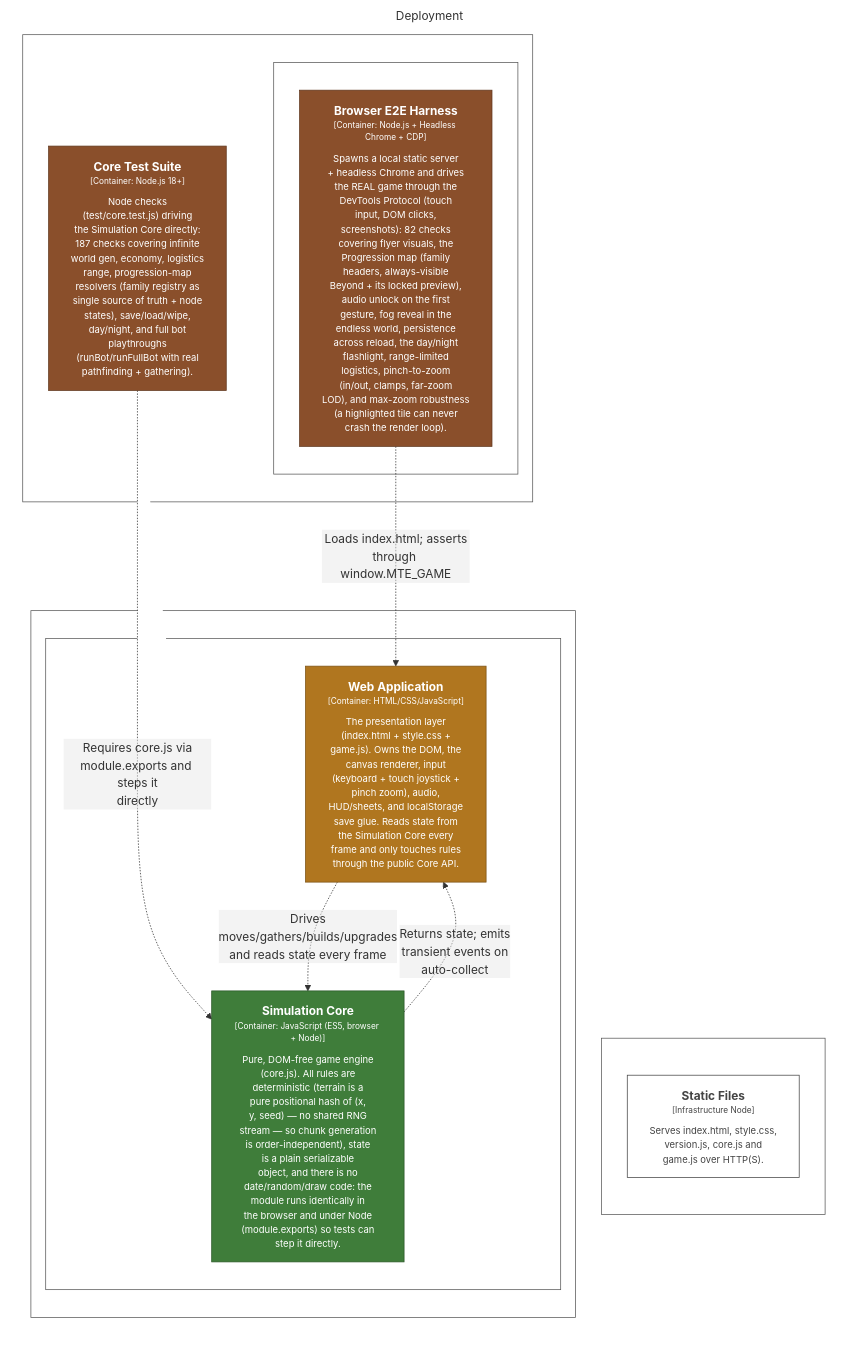
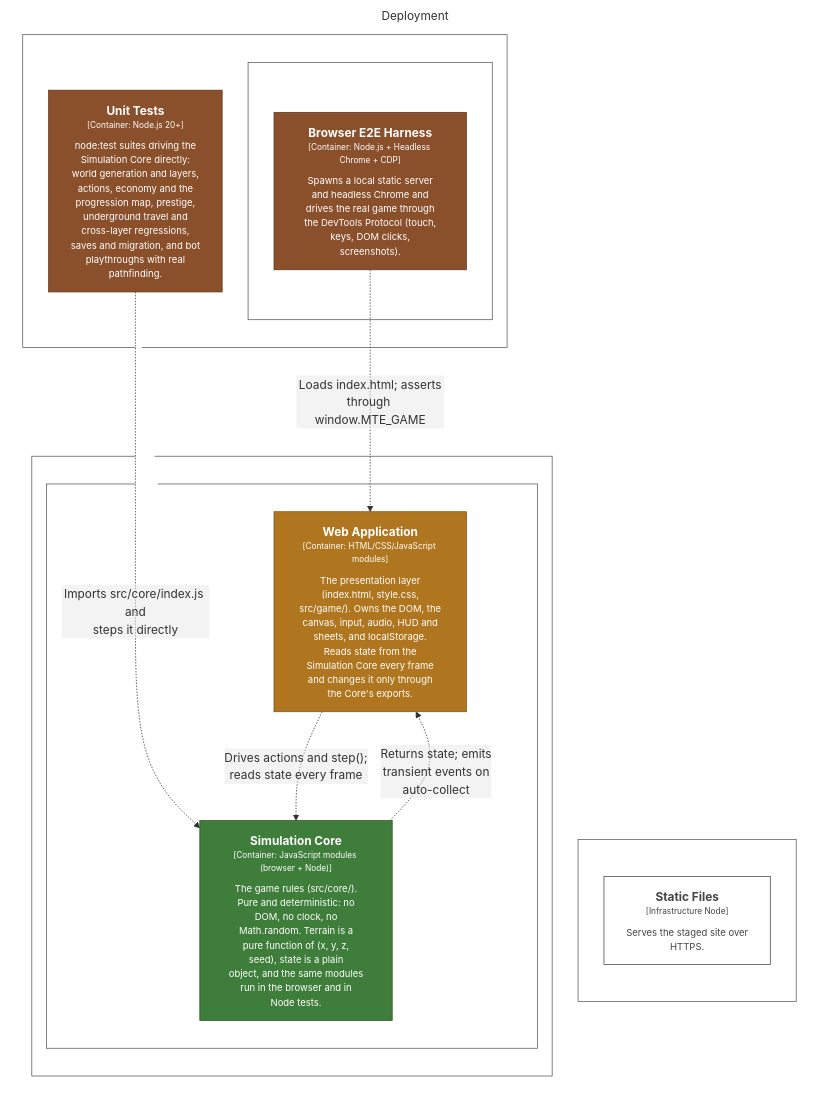
One commit to bitkojine/more-than-enough changed the diagram in structurizr/diagrams/Deployment.mmd. Above: the diagram before and after it, drawn with Mermaid. The commit also changed 67 other files, not shown here.

```diff
--- a/structurizr/diagrams/Deployment.mmd
+++ b/structurizr/diagrams/Deployment.mmd
@@ -1,48 +1,48 @@
 %% Generated from structurizr/workspace.dsl — do not edit; run: node structurizr/scripts/structurizr.mjs mermaid
 graph LR
   linkStyle default fill:#ffffff
 
   subgraph diagram ["Deployment"]
     style diagram fill:#ffffff,stroke:#ffffff
 
-    subgraph 67 ["Browser"]
-      style 67 fill:#ffffff,stroke:#575757,color:#ffffff
+    subgraph 66 ["Browser"]
+      style 66 fill:#ffffff,stroke:#575757,color:#ffffff
 
-      subgraph 68 ["Browser tab"]
-        style 68 fill:#ffffff,stroke:#575757,color:#ffffff
+      subgraph 67 ["Browser tab"]
+        style 67 fill:#ffffff,stroke:#575757,color:#ffffff
 
-        69["<div style='font-weight: bold'>Web Application</div><div style='font-size: 70%; margin-top: 0px'>[Container: HTML/CSS/JavaScript]</div><div style='font-size: 80%; margin-top:10px'>The presentation layer<br />(index.html + style.css +<br />game.js). Owns the DOM, the<br />canvas renderer, input<br />(keyboard + touch joystick +<br />pinch zoom), audio,<br />HUD/sheets, and localStorage<br />save glue. Reads state from<br />the Simulation Core every<br />frame and only touches rules<br />through the public Core API.</div>"]
-        style 69 fill:#b0761f,stroke:#7b5215,color:#ffffff
-        70["<div style='font-weight: bold'>Simulation Core</div><div style='font-size: 70%; margin-top: 0px'>[Container: JavaScript (ES5, browser + Node)]</div><div style='font-size: 80%; margin-top:10px'>Pure, DOM-free game engine<br />(core.js). All rules are<br />deterministic (terrain is a<br />pure positional hash of (x,<br />y, seed) — no shared RNG<br />stream — so chunk generation<br />is order-independent), state<br />is a plain serializable<br />object, and there is no<br />date/random/draw code: the<br />module runs identically in<br />the browser and under Node<br />(module.exports) so tests can<br />step it directly.</div>"]
-        style 70 fill:#3f7d3a,stroke:#2c5728,color:#ffffff
+        68["<div style='font-weight: bold'>Web Application</div><div style='font-size: 70%; margin-top: 0px'>[Container: HTML/CSS/JavaScript modules]</div><div style='font-size: 80%; margin-top:10px'>The presentation layer<br />(index.html, style.css,<br />src/game/). Owns the DOM, the<br />canvas, input, audio, HUD and<br />sheets, and localStorage.<br />Reads state from the<br />Simulation Core every frame<br />and changes it only through<br />the Core's exports.</div>"]
+        style 68 fill:#b0761f,stroke:#7b5215,color:#ffffff
+        69["<div style='font-weight: bold'>Simulation Core</div><div style='font-size: 70%; margin-top: 0px'>[Container: JavaScript modules (browser + Node)]</div><div style='font-size: 80%; margin-top:10px'>The game rules (src/core/).<br />Pure and deterministic: no<br />DOM, no clock, no<br />Math.random. Terrain is a<br />pure function of (x, y, z,<br />seed), state is a plain<br />object, and the same modules<br />run in the browser and in<br />Node tests.</div>"]
+        style 69 fill:#3f7d3a,stroke:#2c5728,color:#ffffff
       end
 
     end
 
-    subgraph 73 ["Static Host"]
-      style 73 fill:#ffffff,stroke:#575757,color:#ffffff
+    subgraph 72 ["GitHub Pages"]
+      style 72 fill:#ffffff,stroke:#575757,color:#ffffff
 
-      74["<div style='font-weight: bold'>Static Files</div><div style='font-size: 70%; margin-top: 0px'>[Infrastructure Node]</div><div style='font-size: 80%; margin-top:10px'>Serves index.html, style.css,<br />version.js, core.js and<br />game.js over HTTP(S).</div>"]
-      style 74 fill:#ffffff,stroke:#444444,color:#444444
+      73["<div style='font-weight: bold'>Static Files</div><div style='font-size: 70%; margin-top: 0px'>[Infrastructure Node]</div><div style='font-size: 80%; margin-top:10px'>Serves the staged site over<br />HTTPS.</div>"]
+      style 73 fill:#ffffff,stroke:#444444,color:#444444
     end
 
-    subgraph 75 ["Node.js 18+"]
-      style 75 fill:#ffffff,stroke:#575757,color:#ffffff
+    subgraph 74 ["Node.js 20+"]
+      style 74 fill:#ffffff,stroke:#575757,color:#ffffff
 
-      76["<div style='font-weight: bold'>Core Test Suite</div><div style='font-size: 70%; margin-top: 0px'>[Container: Node.js 18+]</div><div style='font-size: 80%; margin-top:10px'>Node checks<br />(test/core.test.js) driving<br />the Simulation Core directly:<br />187 checks covering infinite<br />world gen, economy, logistics<br />range, progression-map<br />resolvers (family registry as<br />single source of truth + node<br />states), save/load/wipe,<br />day/night, and full bot<br />playthroughs<br />(runBot/runFullBot with real<br />pathfinding + gathering).</div>"]
-      style 76 fill:#8a4f2b,stroke:#60371e,color:#ffffff
-      subgraph 78 ["Headless Chrome"]
-        style 78 fill:#ffffff,stroke:#575757,color:#ffffff
+      75["<div style='font-weight: bold'>Unit Tests</div><div style='font-size: 70%; margin-top: 0px'>[Container: Node.js 20+]</div><div style='font-size: 80%; margin-top:10px'>node:test suites driving the<br />Simulation Core directly:<br />world generation and layers,<br />actions, economy and the<br />progression map, prestige,<br />underground travel and<br />cross-layer regressions,<br />saves and migration, and bot<br />playthroughs with real<br />pathfinding.</div>"]
+      style 75 fill:#8a4f2b,stroke:#60371e,color:#ffffff
+      subgraph 77 ["Headless Chrome"]
+        style 77 fill:#ffffff,stroke:#575757,color:#ffffff
 
-        79["<div style='font-weight: bold'>Browser E2E Harness</div><div style='font-size: 70%; margin-top: 0px'>[Container: Node.js + Headless Chrome + CDP]</div><div style='font-size: 80%; margin-top:10px'>Spawns a local static server<br />+ headless Chrome and drives<br />the REAL game through the<br />DevTools Protocol (touch<br />input, DOM clicks,<br />screenshots): 82 checks<br />covering flyer visuals, the<br />Progression map (family<br />headers, always-visible<br />Beyond + its locked preview),<br />audio unlock on the first<br />gesture, fog reveal in the<br />endless world, persistence<br />across reload, the day/night<br />flashlight, range-limited<br />logistics, pinch-to-zoom<br />(in/out, clamps, far-zoom<br />LOD), and max-zoom robustness<br />(a highlighted tile can never<br />crash the render loop).</div>"]
-        style 79 fill:#8a4f2b,stroke:#60371e,color:#ffffff
+        78["<div style='font-weight: bold'>Browser E2E Harness</div><div style='font-size: 70%; margin-top: 0px'>[Container: Node.js + Headless Chrome + CDP]</div><div style='font-size: 80%; margin-top:10px'>Spawns a local static server<br />and headless Chrome and<br />drives the real game through<br />the DevTools Protocol (touch,<br />keys, DOM clicks,<br />screenshots).</div>"]
+        style 78 fill:#8a4f2b,stroke:#60371e,color:#ffffff
       end
 
     end
 
-    70-. "<div>Returns state; emits<br />transient events on<br />auto-collect</div><div style='font-size: 70%'></div>" .->69
-    69-. "<div>Drives<br />moves/gathers/builds/upgrades<br />and reads state every frame</div><div style='font-size: 70%'></div>" .->70
-    76-. "<div>Requires core.js via<br />module.exports and steps it<br />directly</div><div style='font-size: 70%'></div>" .->70
-    79-. "<div>Loads index.html; asserts<br />through window.MTE_GAME</div><div style='font-size: 70%'></div>" .->69
+    69-. "<div>Returns state; emits<br />transient events on<br />auto-collect</div><div style='font-size: 70%'></div>" .->68
+    68-. "<div>Drives actions and step();<br />reads state every frame</div><div style='font-size: 70%'></div>" .->69
+    75-. "<div>Imports src/core/index.js and<br />steps it directly</div><div style='font-size: 70%'></div>" .->69
+    78-. "<div>Loads index.html; asserts<br />through window.MTE_GAME</div><div style='font-size: 70%'></div>" .->68
 
   end
```
